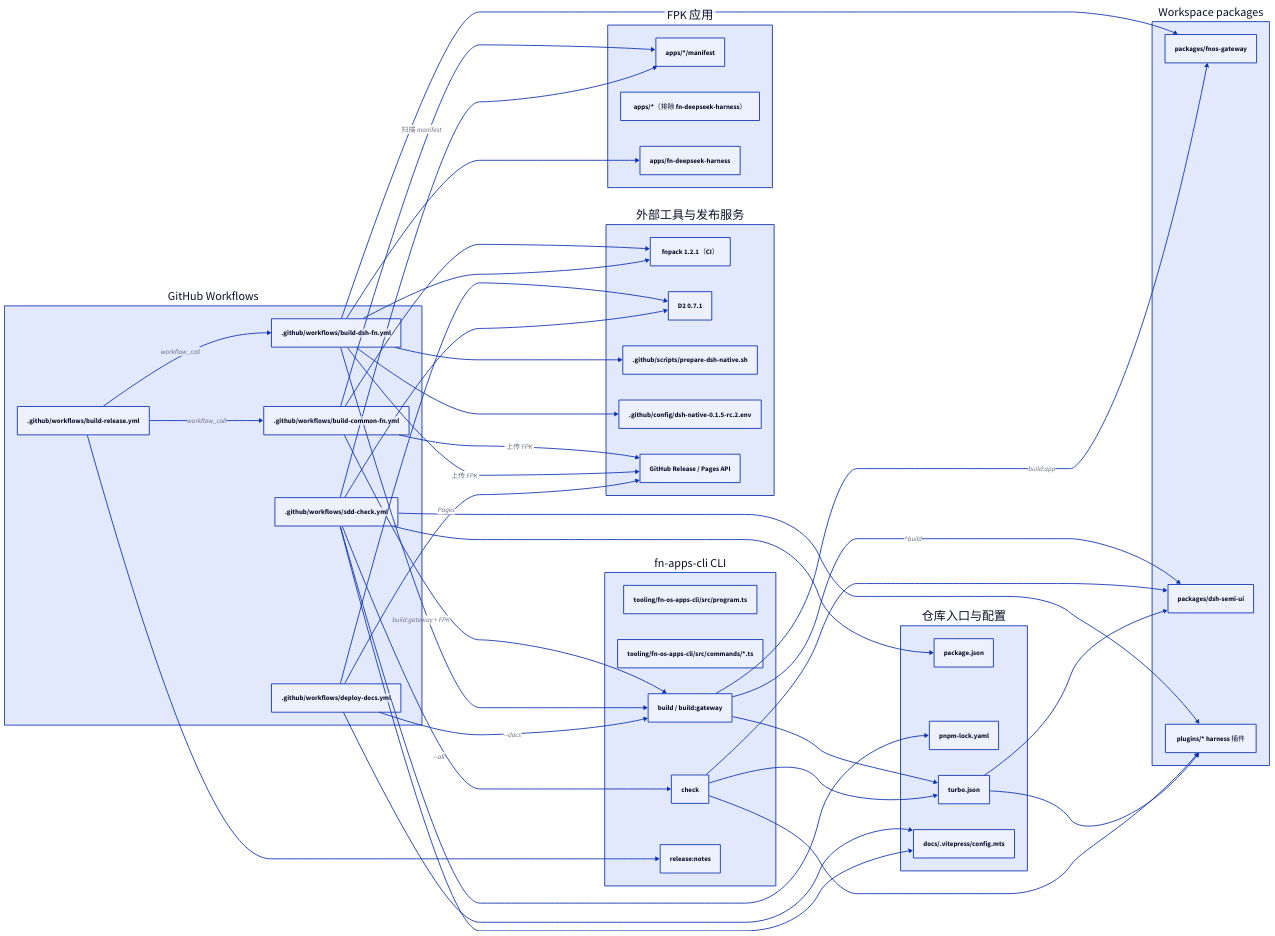
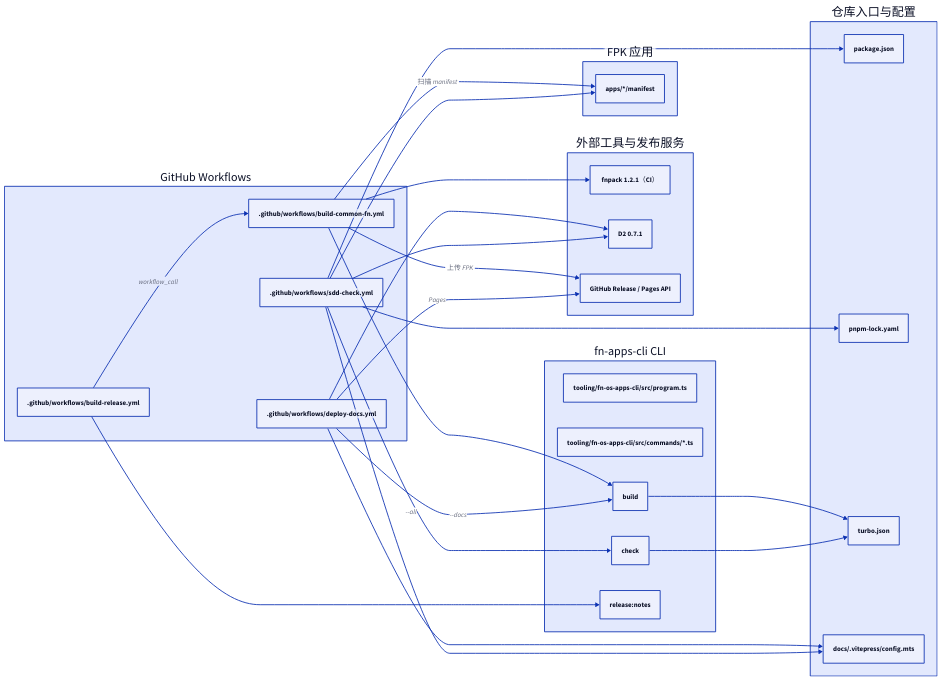
The fourth of 4 diagrams in docs/development/github-workflows.md (tnnevol/fn-os-apps), drawn with D2 before and after one commit. The commit also changed other lines of this file and 504 other files, not shown here.

First line of the commit message:
refactor(dsh): drop DeepSeek Harness app, plugins and docs

````diff
--- a/docs/development/github-workflows.md
+++ b/docs/development/github-workflows.md
@@ -189,7 +138,6 @@
   label: "GitHub Workflows"
   release: ".github/workflows/build-release.yml"
   common: ".github/workflows/build-common-fn.yml"
-  dsh: ".github/workflows/build-dsh-fn.yml"
   docs: ".github/workflows/deploy-docs.yml"
   sdd: ".github/workflows/sdd-check.yml"
 }
@@ -206,48 +154,29 @@
   label: "fn-apps-cli CLI"
   program: "tooling/fn-os-apps-cli/src/program.ts"
   commands: "tooling/fn-os-apps-cli/src/commands/*.ts"
-  build: "build / build:gateway"
+  build: "build"
   check: "check"
   release: "release:notes"
-}
-
-packages: {
-  label: "Workspace packages"
-  gateway: "packages/fnos-gateway"
-  sharedUi: "packages/dsh-semi-ui"
-  harnessPlugins: "plugins/* harness 插件"
 }
 
 apps: {
   label: "FPK 应用"
   manifests: "apps/*/manifest"
-  commonApps: "apps/*（排除 fn-deepseek-harness）"
-  harnessApp: "apps/fn-deepseek-harness"
 }
 
 tools: {
   label: "外部工具与发布服务"
   fnpack: "fnpack 1.2.1（CI）"
   d2: "D2 0.7.1"
-  native: ".github/scripts/prepare-dsh-native.sh"
-  nativeConfig: ".github/config/dsh-native-0.1.5-rc.2.env"
   github: "GitHub Release / Pages API"
 }
 
 workflows.release -> workflows.common: workflow_call
-workflows.release -> workflows.dsh: workflow_call
 workflows.release -> cli.release
 workflows.common -> apps.manifests: 扫描 manifest
 workflows.common -> cli.build
 workflows.common -> tools.fnpack
 workflows.common -> tools.github: 上传 FPK
-workflows.dsh -> cli.build: build:gateway + FPK
-workflows.dsh -> packages.gateway
-workflows.dsh -> tools.native
-workflows.dsh -> tools.nativeConfig
-workflows.dsh -> apps.harnessApp
-workflows.dsh -> tools.fnpack
-workflows.dsh -> tools.github: 上传 FPK
 workflows.docs -> cli.build: --docs
 workflows.docs -> repo.docsConfig
 workflows.docs -> tools.d2
@@ -257,15 +186,8 @@
 workflows.sdd -> tools.d2
 workflows.sdd -> repo.rootPackage
 workflows.sdd -> repo.lockfile
-workflows.sdd -> packages.harnessPlugins
 workflows.sdd -> apps.manifests
 
 cli.build -> repo.turbo
-cli.build -> packages.sharedUi: ^build
-cli.build -> packages.gateway: build:app
 cli.check -> repo.turbo
-cli.check -> packages.sharedUi
-cli.check -> packages.harnessPlugins
-repo.turbo -> packages.sharedUi
-repo.turbo -> packages.harnessPlugins
 ```
````
